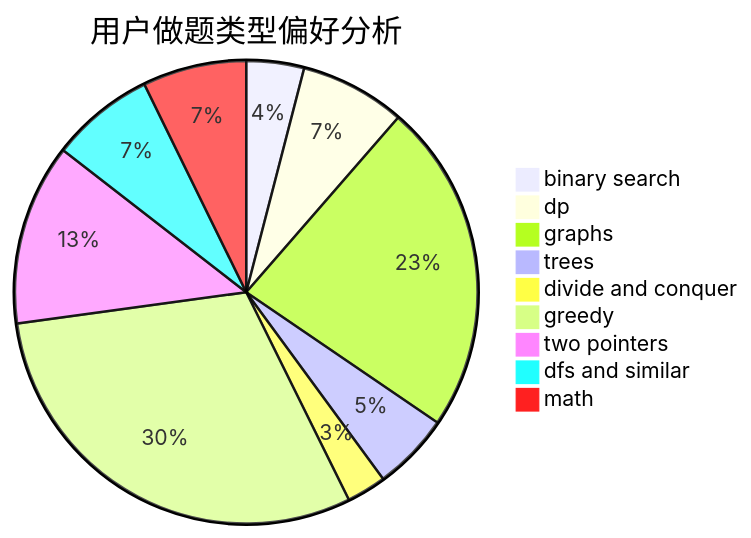
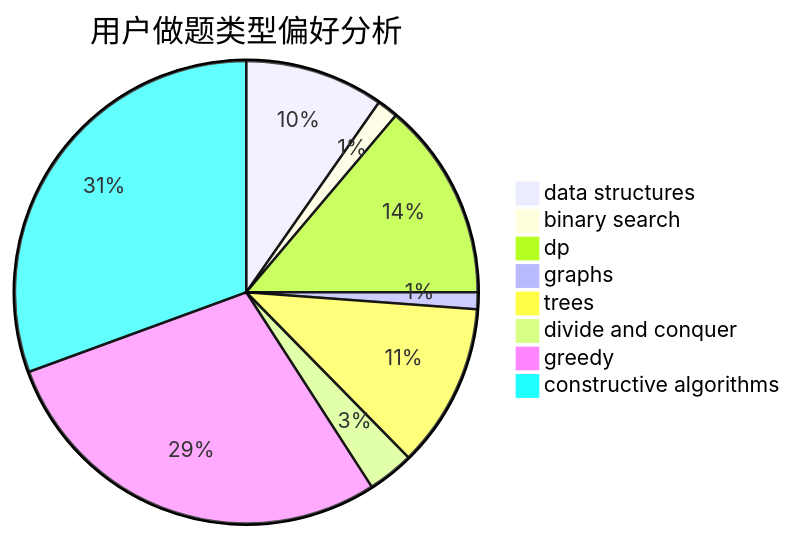
The second of 3 diagrams in docs/user/u1217.md (sherpahu/cfrs.github.io), drawn with Mermaid before and after one commit. The commit also changed other lines of this file and 2775 other files, not shown here.

````diff
--- a/docs/user/u1217.md
+++ b/docs/user/u1217.md
@@ -23,12 +23,11 @@
 ```mermaid
 pie title 用户做题类型偏好分析
-    "binary search" :  35
-    "dp" :  64
-    "graphs" :  201
-    "trees" :  47
-    "divide and conquer" :  24
-    "greedy" :  262
-    "two pointers" :  110
-    "dfs and similar" :  63
-    "math" :  63
+    "data structures" :  33
+    "binary search" :  5
+    "dp" :  47
+    "graphs" :  4
+    "trees" :  39
+    "divide and conquer" :  11
+    "greedy" :  97
+    "constructive algorithms" :  104
 ```
````
